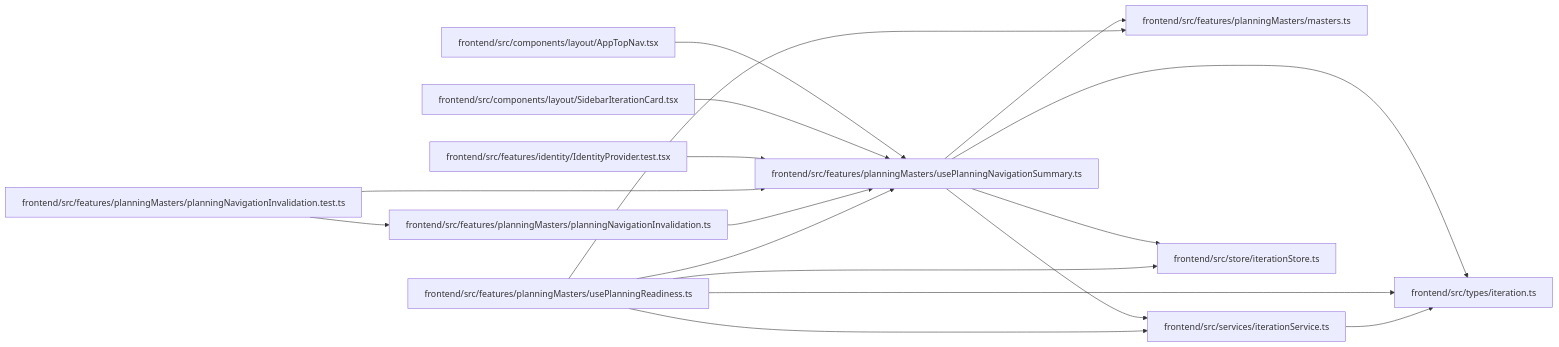
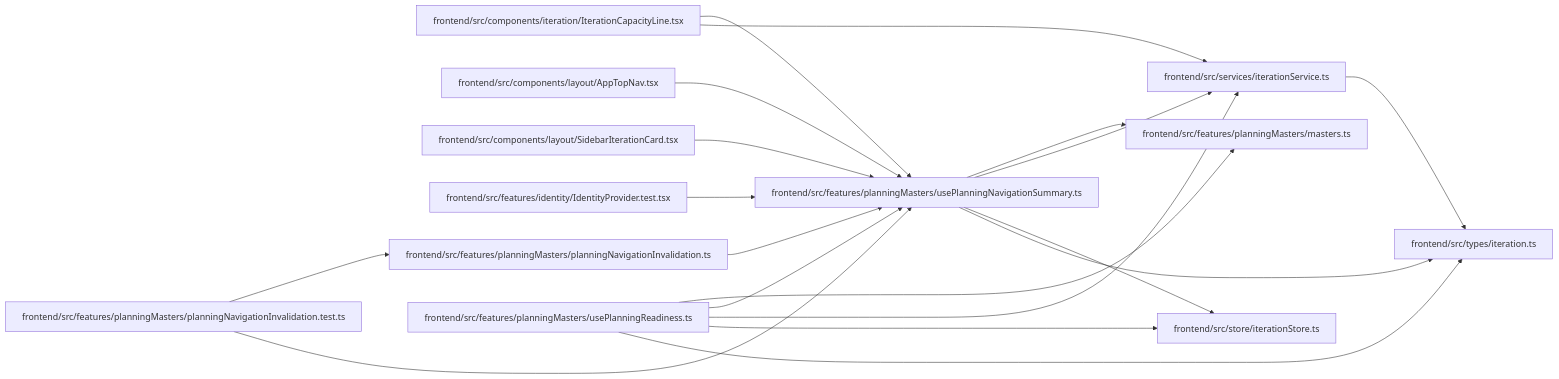
The diagram in docs/llm_wiki/modules/usePlanningNavigationSummary.md (Denissvgn/WorkChord), drawn with Mermaid before and after one commit. The commit also changed other lines of this file and 446 other files, not shown here.

````diff
--- a/docs/llm_wiki/modules/usePlanningNavigationSummary.md
+++ b/docs/llm_wiki/modules/usePlanningNavigationSummary.md
@@ -32,41 +32,45 @@
 ```mermaid
 flowchart LR
-    n0["frontend/src/components/layout/AppTopNav.tsx"]
-    n1["frontend/src/components/layout/SidebarIterationCard.tsx"]
-    n2["frontend/src/features/identity/IdentityProvider.test.tsx"]
-    n3["frontend/src/features/planningMasters/masters.ts"]
-    n4["frontend/src/features/planningMasters/planningNavigationInvalidation.test.ts"]
-    n5["frontend/src/features/planningMasters/planningNavigationInvalidation.ts"]
-    n6["frontend/src/features/planningMasters/usePlanningNavigationSummary.ts"]
-    n7["frontend/src/features/planningMasters/usePlanningReadiness.ts"]
-    n8["frontend/src/services/iterationService.ts"]
-    n9["frontend/src/store/iterationStore.ts"]
-    n10["frontend/src/types/iteration.ts"]
-    n0 --> n6
-    n1 --> n6
-    n2 --> n6
-    n4 --> n5
-    n4 --> n6
+    n0["frontend/src/components/iteration/IterationCapacityLine.tsx"]
+    n1["frontend/src/components/layout/AppTopNav.tsx"]
+    n2["frontend/src/components/layout/SidebarIterationCard.tsx"]
+    n3["frontend/src/features/identity/IdentityProvider.test.tsx"]
+    n4["frontend/src/features/planningMasters/masters.ts"]
+    n5["frontend/src/features/planningMasters/planningNavigationInvalidation.test.ts"]
+    n6["frontend/src/features/planningMasters/planningNavigationInvalidation.ts"]
+    n7["frontend/src/features/planningMasters/usePlanningNavigationSummary.ts"]
+    n8["frontend/src/features/planningMasters/usePlanningReadiness.ts"]
+    n9["frontend/src/services/iterationService.ts"]
+    n10["frontend/src/store/iterationStore.ts"]
+    n11["frontend/src/types/iteration.ts"]
+    n0 --> n7
+    n0 --> n9
+    n1 --> n7
+    n2 --> n7
+    n3 --> n7
     n5 --> n6
-    n6 --> n3
-    n6 --> n8
-    n6 --> n9
-    n6 --> n10
-    n7 --> n3
-    n7 --> n6
-    n7 --> n8
+    n5 --> n7
+    n6 --> n7
+    n7 --> n4
     n7 --> n9
     n7 --> n10
+    n7 --> n11
+    n8 --> n4
+    n8 --> n7
+    n8 --> n9
     n8 --> n10
-    click n0 "../modules/AppTopNav.md"
-    click n1 "../modules/SidebarIterationCard.md"
-    click n2 "../modules/IdentityProvider.test.md"
-    click n3 "../modules/planningMasters_masters.md"
-    click n4 "../modules/planningNavigationInvalidation.test.md"
-    click n5 "../modules/planningNavigationInvalidation.md"
-    click n6 "../modules/usePlanningNavigationSummary.md"
-    click n7 "../modules/usePlanningReadiness.md"
-    click n8 "../modules/iterationService.md"
-    click n9 "../modules/iterationStore.md"
-    click n10 "../modules/types_iteration.md"
+    n8 --> n11
+    n9 --> n11
+    click n0 "../modules/IterationCapacityLine.md"
+    click n1 "../modules/AppTopNav.md"
+    click n2 "../modules/SidebarIterationCard.md"
+    click n3 "../modules/IdentityProvider.test.md"
+    click n4 "../modules/planningMasters_masters.md"
+    click n5 "../modules/planningNavigationInvalidation.test.md"
+    click n6 "../modules/planningNavigationInvalidation.md"
+    click n7 "../modules/usePlanningNavigationSummary.md"
+    click n8 "../modules/usePlanningReadiness.md"
+    click n9 "../modules/iterationService.md"
+    click n10 "../modules/iterationStore.md"
+    click n11 "../modules/types_iteration.md"
 ```
````
